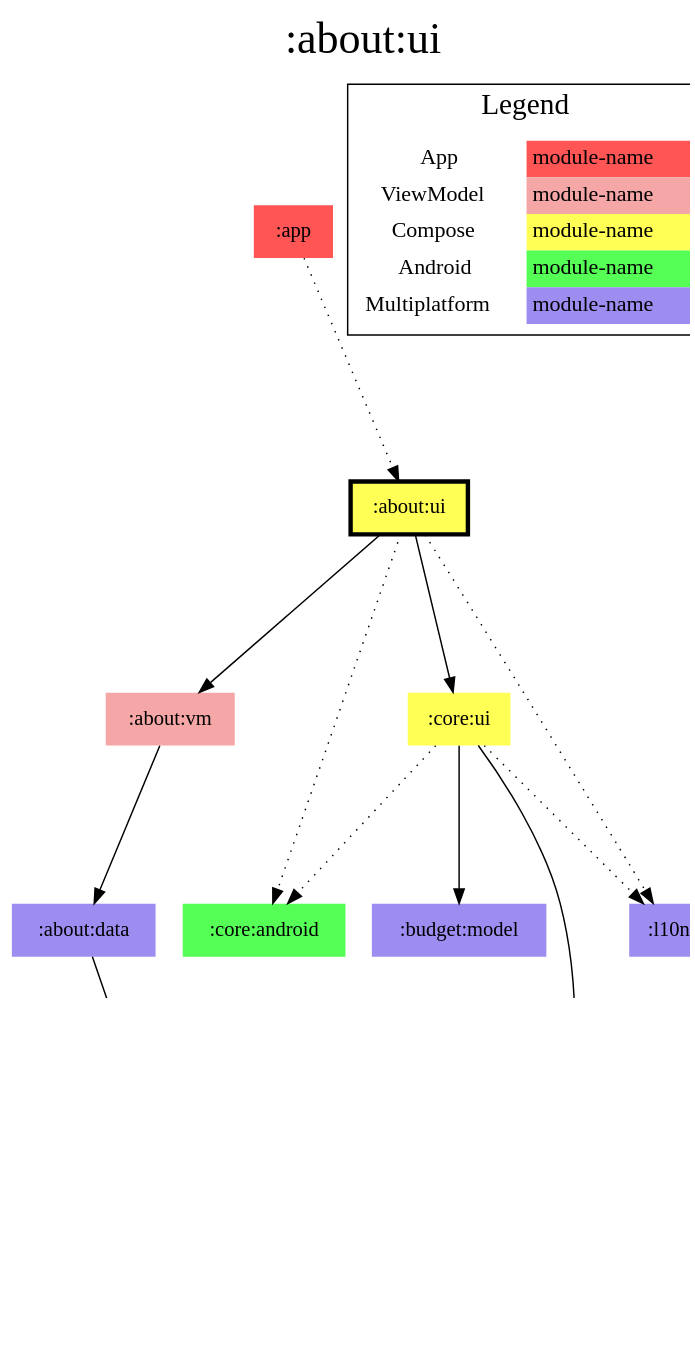
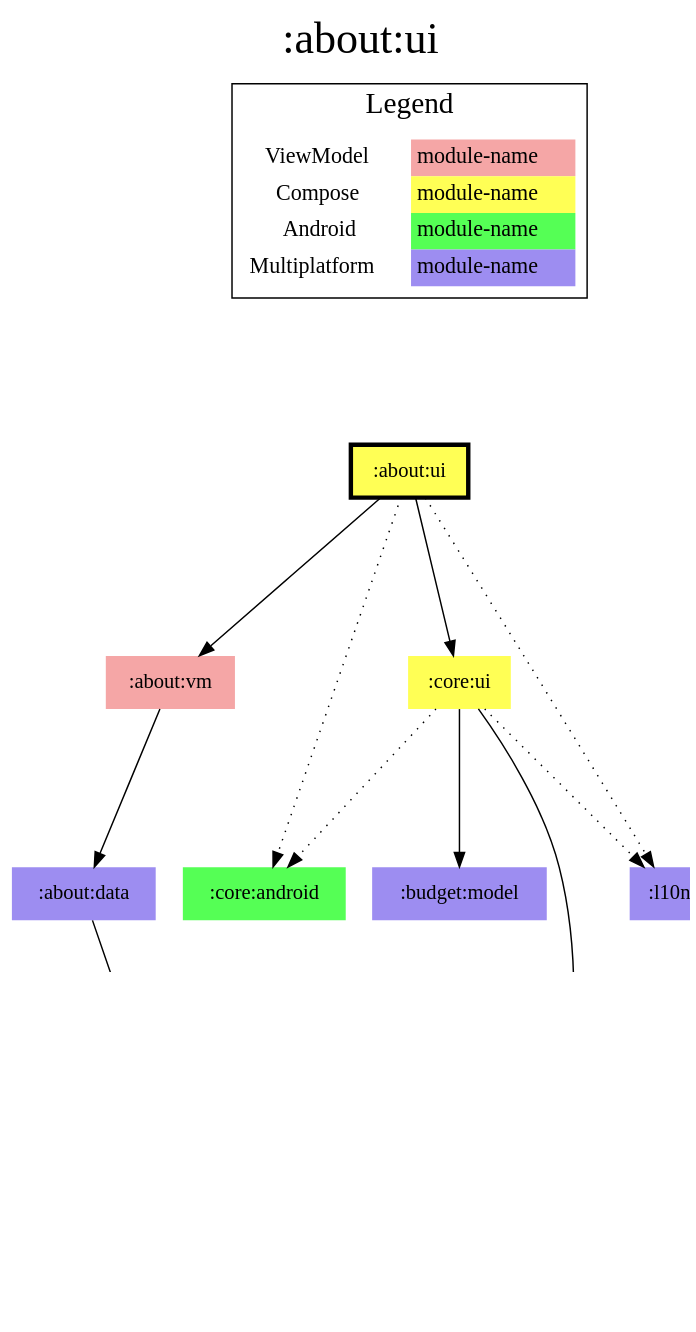
The diagram in modules/about/ui/modules.dot (jonapoul/aktual), drawn with Graphviz before and after one commit. The commit also changed 73 other files, not shown here.

Commit message:
Remove upstream diagrams

```diff
--- a/modules/about/ui/modules.dot
+++ b/modules/about/ui/modules.dot
@@ -1,47 +1,44 @@
 digraph {
 edge ["dir"="forward"]
 graph ["dpi"="100","label"=":about:ui","labelloc"="t","fontsize"="30","ranksep"="1.5","rankdir"="TB"]
 node ["style"="filled"]
 ":about:data" ["fillcolor"="#9D8DF1","shape"="none"]
 ":about:ui" ["fillcolor"="#FFFF55","color"="black","penwidth"="3","shape"="box"]
 ":about:vm" ["fillcolor"="#F5A6A6","shape"="none"]
 ":api:github" ["fillcolor"="#9D8DF1","shape"="none"]
-":app" ["fillcolor"="#FF5555","shape"="none"]
 ":budget:model" ["fillcolor"="#9D8DF1","shape"="none"]
 ":codegen:annotation" ["fillcolor"="#9D8DF1","shape"="none"]
 ":core:android" ["fillcolor"="#55FF55","shape"="none"]
 ":core:model" ["fillcolor"="#9D8DF1","shape"="none"]
 ":core:ui" ["fillcolor"="#FFFF55","shape"="none"]
 ":l10n" ["fillcolor"="#9D8DF1","shape"="none"]
 {
 edge ["dir"="none"]
 graph ["rank"="same"]
 ":about:ui"
 }
 ":about:data" -> ":api:github"
 ":about:ui" -> ":about:vm"
 ":about:ui" -> ":core:android" ["style"="dotted"]
 ":about:ui" -> ":core:ui"
 ":about:ui" -> ":l10n" ["style"="dotted"]
 ":about:vm" -> ":about:data"
 ":api:github" -> ":codegen:annotation" ["style"="dotted"]
 ":api:github" -> ":core:model"
-":app" -> ":about:ui" ["style"="dotted"]
 ":core:ui" -> ":budget:model"
 ":core:ui" -> ":core:android" ["style"="dotted"]
 ":core:ui" -> ":core:model"
 ":core:ui" -> ":l10n" ["style"="dotted"]
 subgraph "cluster_legend" {
 edge ["dir"="none"]
 graph ["label"="Legend","fontsize"="20"]
 "Legend" ["style"="filled","fillcolor"="#FFFFFF","shape"="none","margin"="0","fontsize"="15","label"=<
 <TABLE BORDER="0" CELLBORDER="0" CELLSPACING="0" CELLPADDING="4">
-<TR><TD>App</TD><TD BGCOLOR="#FF5555">module-name</TD></TR>
 <TR><TD>ViewModel</TD><TD BGCOLOR="#F5A6A6">module-name</TD></TR>
 <TR><TD>Compose</TD><TD BGCOLOR="#FFFF55">module-name</TD></TR>
 <TR><TD>Android</TD><TD BGCOLOR="#55FF55">module-name</TD></TR>
 <TR><TD>Multiplatform</TD><TD BGCOLOR="#9D8DF1">module-name</TD></TR>
 </TABLE>
 >]
 } -> ":about:ui" ["style"="invis"]
 }
```
